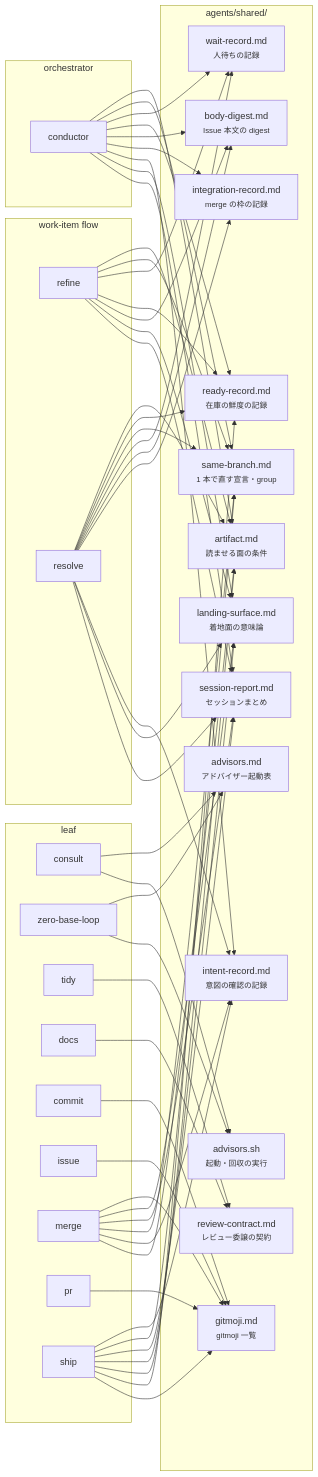
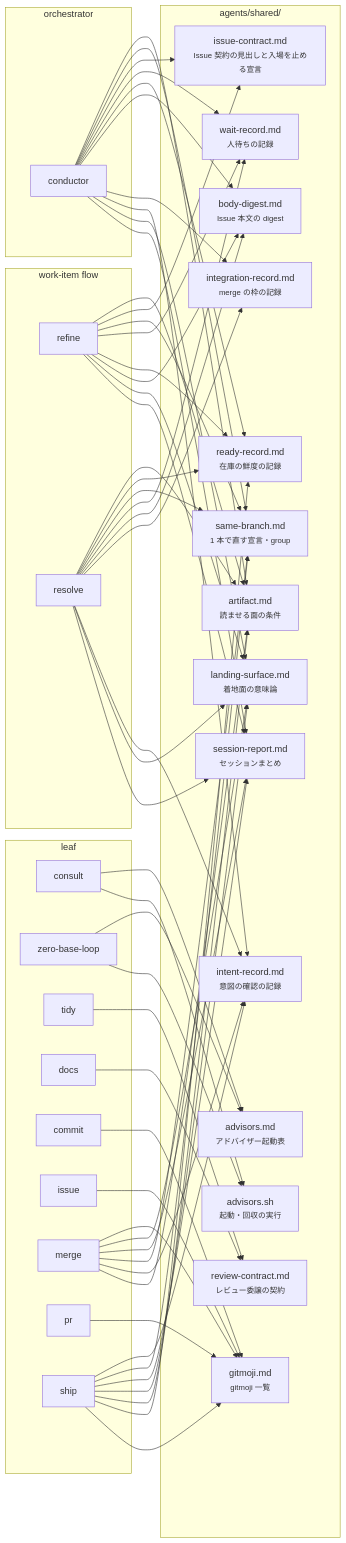
Before and after one commit to usagizmo/agentfiles: the second of 2 diagrams in agents/docs/structure.md, drawn with Mermaid. The commit also changed 6 other files, not shown here.

```diff
--- a/agents/docs/structure.md
+++ b/agents/docs/structure.md
@@ -92,6 +92,7 @@
     end
     subgraph shared["agents/shared/"]
         SB["same-branch.md<br/><small>1 本で直す宣言・group</small>"]
+        IC["issue-contract.md<br/><small>Issue 契約の見出しと入場を止める宣言</small>"]
         WR["wait-record.md<br/><small>人待ちの記録</small>"]
         RR["ready-record.md<br/><small>在庫の鮮度の記録</small>"]
         BD["body-digest.md<br/><small>Issue 本文の digest</small>"]
@@ -110,6 +111,8 @@
     RS --> AF
     CO --> AF
     CO --> SB
+    CO --> IC
+    RF --> IC
     CO --> WR
     CO --> RR
     CO --> BD
```
